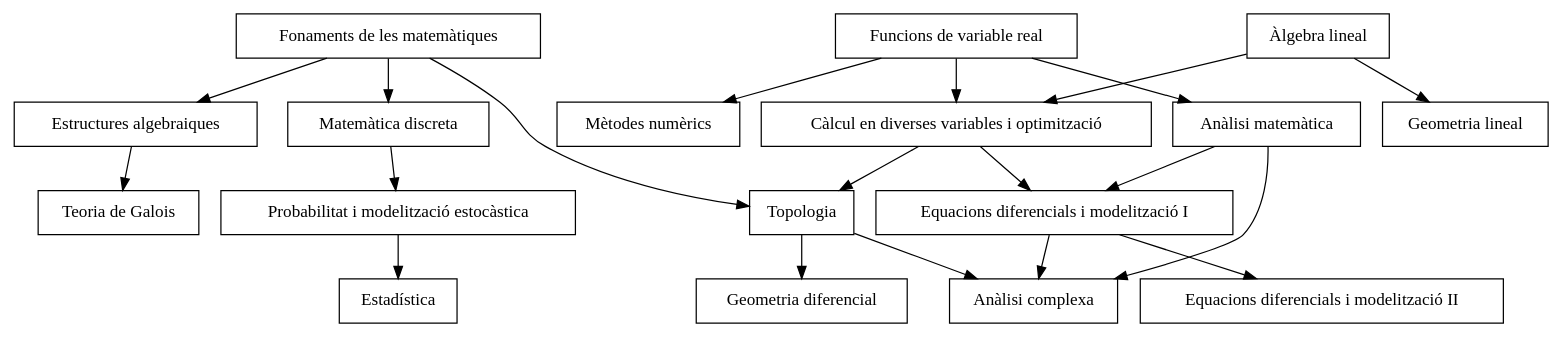
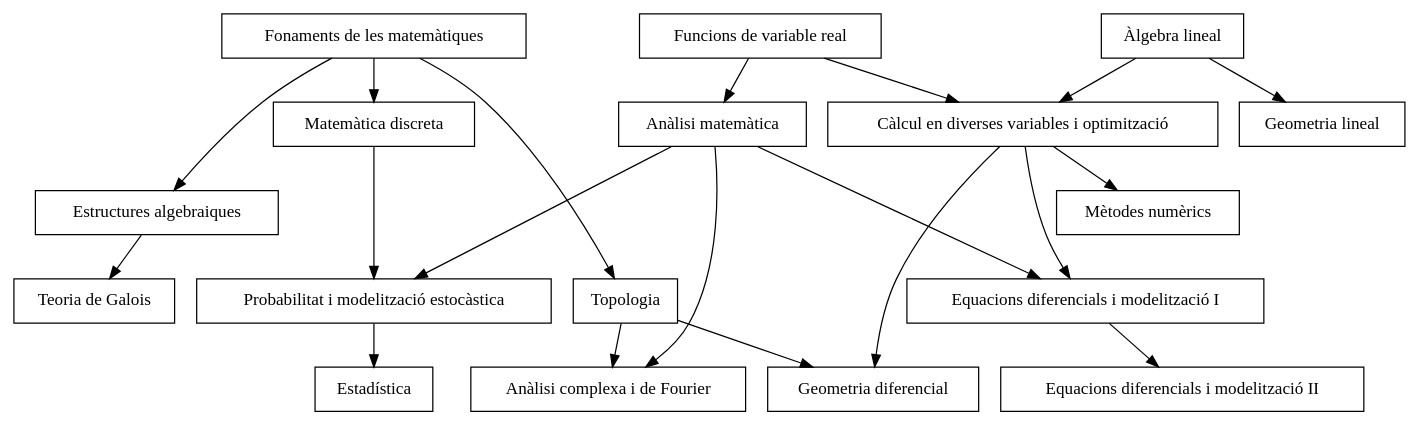
The diagram in NovoTeX/FrontMatter/Arbre/arbre.dot (claudi/apunts), drawn with Graphviz before and after one commit. The commit also changed 1 other file, not shown here.

```diff
--- a/NovoTeX/FrontMatter/Arbre/arbre.dot
+++ b/NovoTeX/FrontMatter/Arbre/arbre.dot
@@ -1,23 +1,27 @@
 digraph G {
     node [shape=box]
     {rank = same; "Fonaments de les matemàtiques"; "Funcions de variable real"; "Àlgebra lineal";}
     {rank = same; "Anàlisi matemàtica"; "Matemàtica discreta"; "Càlcul en diverses variables i optimització"; "Geometria lineal";}
 //     {rank = sink; "Anàlisi matemàtica"; "Estructures algebraiques";}
     {rank = same; "Mètodes numèrics"; "Estructures algebraiques";}
     {rank = same; "Topologia"; "Equacions diferencials i modelització I"; "Probabilitat i modelització estocàstica"; "Teoria de Galois";}
-    {rank = same; "Equacions diferencials i modelització II"; "Estadística"; "Anàlisi complexa"; "Geometria diferencial";}
+    {rank = sink; "Equacions diferencials i modelització II"; "Estadística"; "Anàlisi complexa i de Fourier"; "Geometria diferencial";}
     "Fonaments de les matemàtiques" -> "Topologia" -> "Geometria diferencial";
     "Fonaments de les matemàtiques" -> "Estructures algebraiques" -> "Teoria de Galois";
     "Fonaments de les matemàtiques" -> "Matemàtica discreta"
     "Funcions de variable real" -> "Càlcul en diverses variables i optimització" -> "Equacions diferencials i modelització I" -> "Equacions diferencials i modelització II";
     "Funcions de variable real" -> "Anàlisi matemàtica" -> "Equacions diferencials i modelització I";
-    "Funcions de variable real" -> "Mètodes numèrics";
-    "Càlcul en diverses variables i optimització" -> "Topologia";
+//     "Funcions de variable real" -> "Mètodes numèrics";
+    "Càlcul en diverses variables i optimització" -> "Geometria diferencial";
     "Àlgebra lineal" -> "Geometria lineal";
+    "Càlcul en diverses variables i optimització" -> "Mètodes numèrics";
     "Àlgebra lineal" -> "Càlcul en diverses variables i optimització";
     "Matemàtica discreta" -> "Probabilitat i modelització estocàstica" -> "Estadística";
-    "Anàlisi matemàtica" -> "Anàlisi complexa";
-    "Equacions diferencials i modelització I" -> "Anàlisi complexa";
-    "Topologia" -> "Anàlisi complexa";
+    "Anàlisi matemàtica" -> "Anàlisi complexa i de Fourier";
+//     "Equacions diferencials i modelització I" -> "Anàlisi complexa i de Fourier";
+    "Anàlisi matemàtica" -> "Probabilitat i modelització estocàstica";
+    "Topologia" -> "Anàlisi complexa i de Fourier";
+//     "Equacions diferencials i modelització I" -> "Geometria diferencial" [style=dashed];
+//     "Estructures algebraiques" -> "Topologia" [style=dashed];
 //     "Geometria diferencial" -> "Equacions diferencials i modelització II";
 }
```
